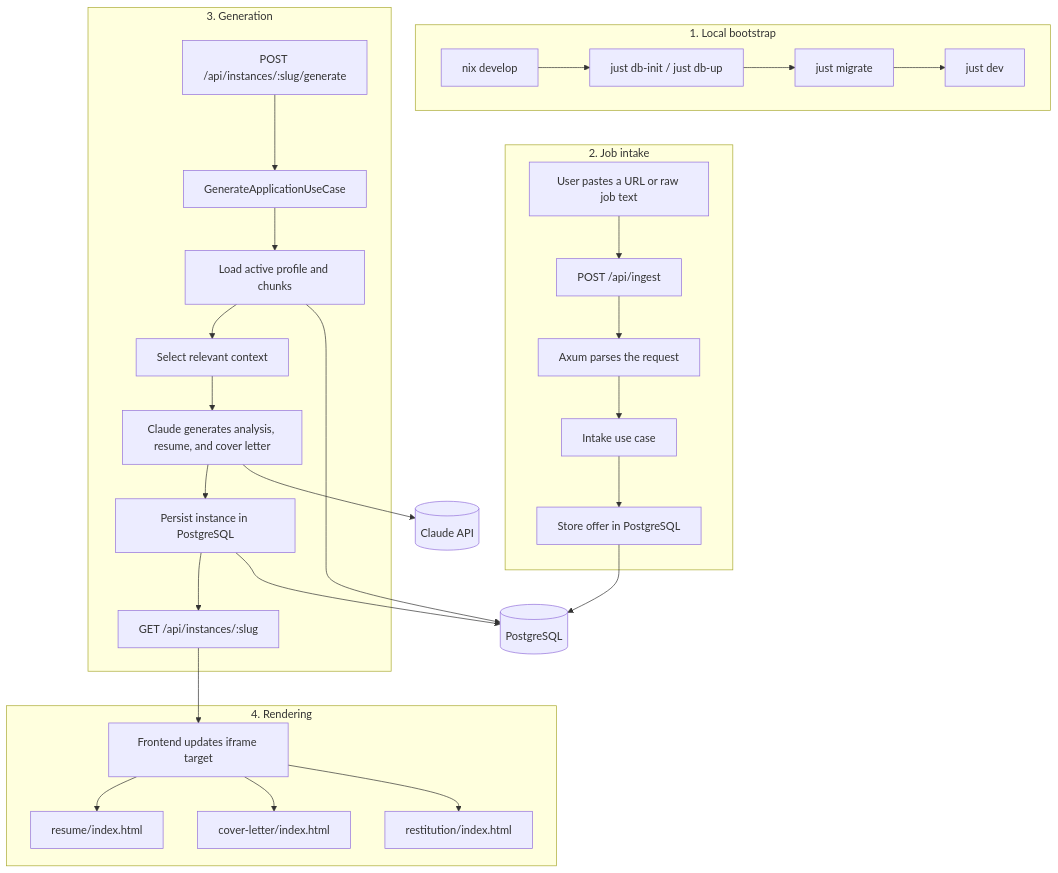
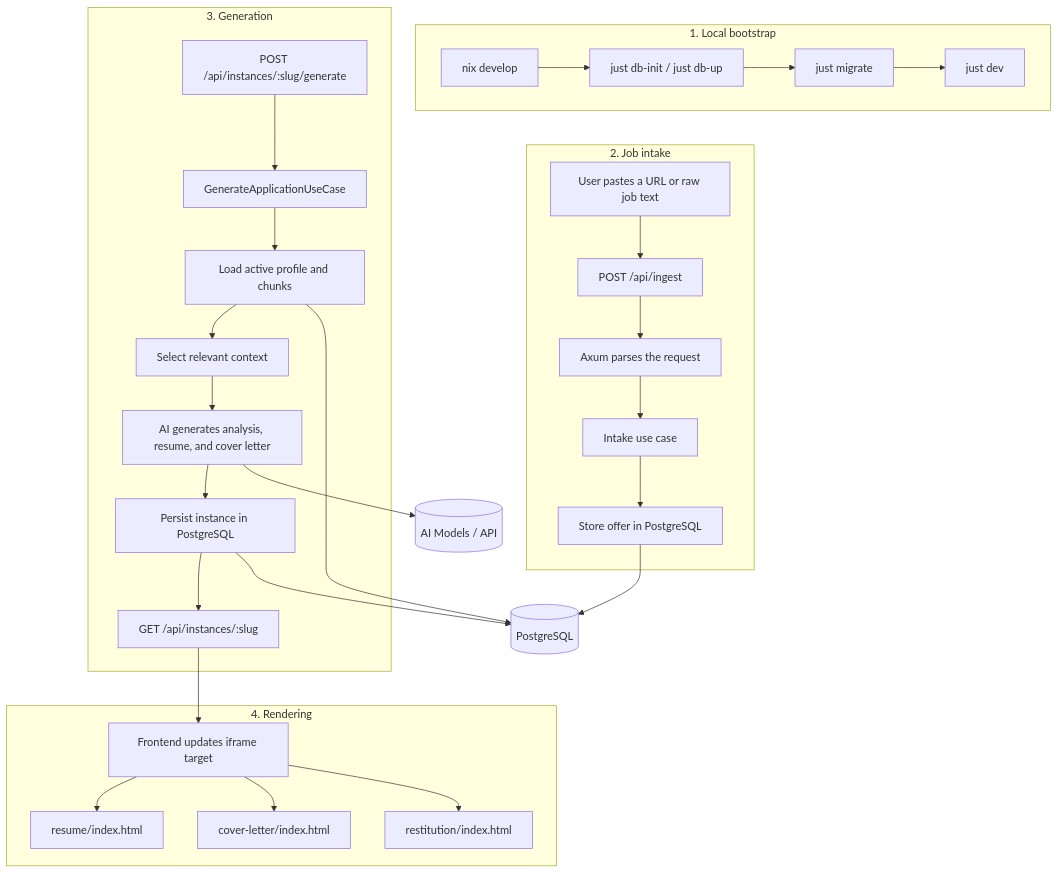
The second of 2 diagrams in README.md (RomeoCavazza/open-cv), drawn with Mermaid before and after one commit. The commit also changed other lines of this file and 40 other files, not shown here.

````diff
--- a/README.md
+++ b/README.md
@@ -114,39 +114,39 @@
 ```mermaid
 flowchart TD
     subgraph Phase1["1. Local bootstrap"]
         A[nix develop] --> B[just db-init / just db-up]
         B --> C[just migrate]
         C --> D[just dev]
     end
 
     subgraph Phase2["2. Job intake"]
         E[User pastes a URL or raw job text] --> F["POST /api/ingest"]
         F --> G[Axum parses the request]
         G --> H[Intake use case]
         H --> I[Store offer in PostgreSQL]
     end
 
     subgraph Phase3["3. Generation"]
         J["POST /api/instances/:slug/generate"] --> K[GenerateApplicationUseCase]
         K --> L[Load active profile and chunks]
         L --> M[Select relevant context]
-        M --> N[Claude generates analysis, resume, and cover letter]
+        M --> N[AI generates analysis, resume, and cover letter]
         N --> O[Persist instance in PostgreSQL]
         O --> P["GET /api/instances/:slug"]
     end
 
     subgraph Phase4["4. Rendering"]
         Q[Frontend updates iframe target] --> R["resume/index.html"]
         Q --> S["cover-letter/index.html"]
         Q --> T["restitution/index.html"]
         P --> Q
     end
 
     PG[(PostgreSQL)]
-    LLM[(Claude API)]
+    LLM[(AI Models / API)]
 
     I --> PG
     L --> PG
     O --> PG
     N --> LLM
 ```
````
